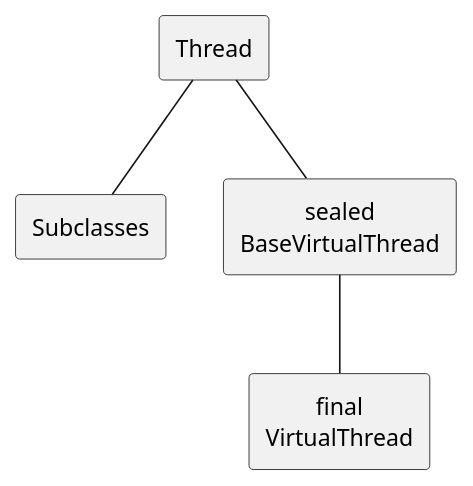
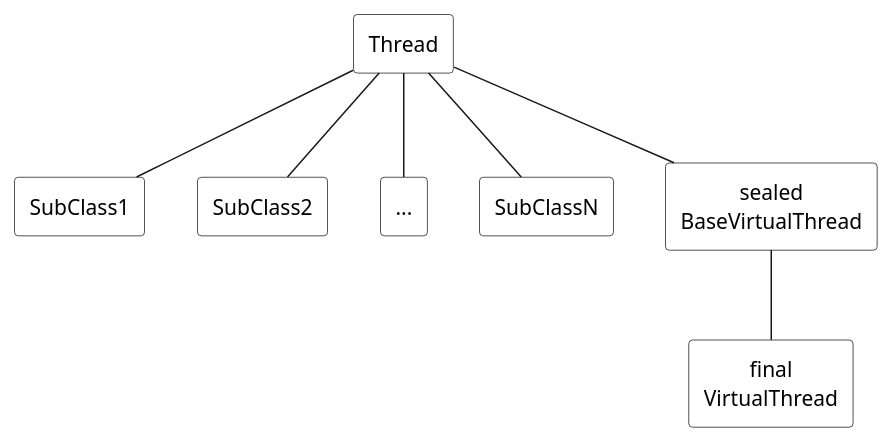
Before and after one commit to ti-cortex-m4/demo-java-virtual-threads2: the diagram in images/diagram.puml, drawn with PlantUML.

```diff
--- a/images/diagram.puml
+++ b/images/diagram.puml
@@ -1,18 +1,26 @@
 @startuml
 
-scale 1.1
+scale 1.0
 
 skinparam {
     defaultTextAlignment center
+    RectangleBackgroundColor transparent
+    RectangleFontName Arial
 }
 
 rectangle Thread
-rectangle Subclasses
+rectangle SubClass1
+rectangle SubClass2
+rectangle "..." as SubClass3
+rectangle SubClassN
 rectangle "sealed\nBaseVirtualThread" as BaseVirtualThread
 rectangle "final\nVirtualThread" as VirtualThread
 
-Thread -down- Subclasses
+Thread -down- SubClass1
+Thread -down- SubClass2
+Thread -down- SubClass3
+Thread -down- SubClassN
 Thread -down- BaseVirtualThread
 BaseVirtualThread -down- VirtualThread
 
 @enduml
```
